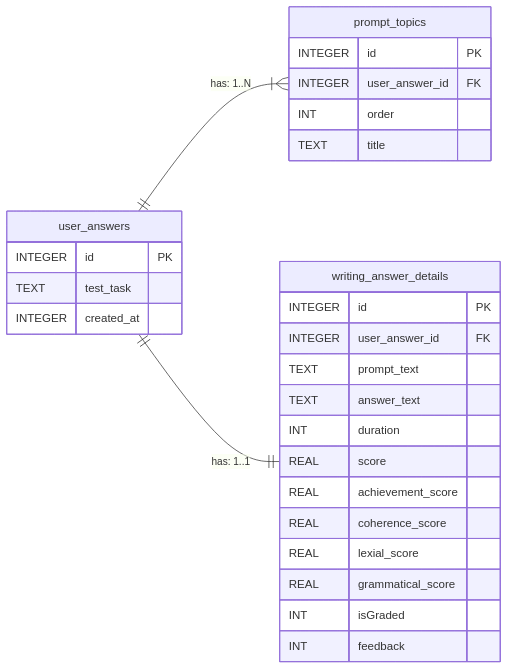
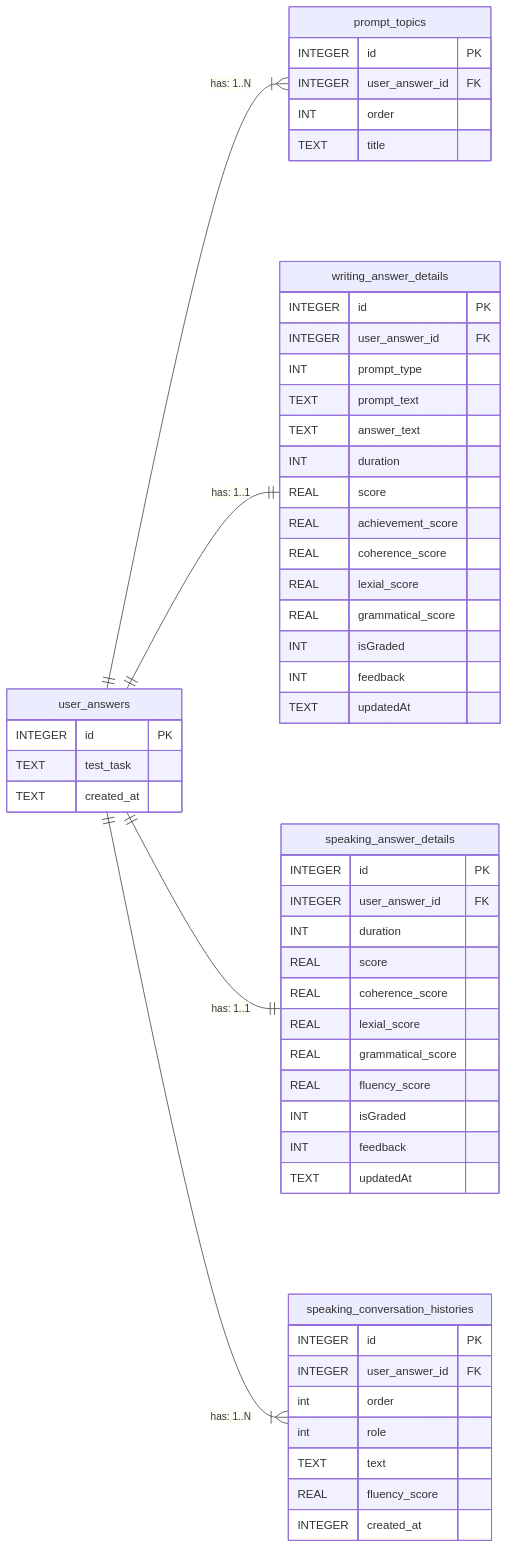
Before and after one commit to hirokd0627/ielts_ai_trainer: the diagram in docs/er-diagram.md, drawn with Mermaid. The commit also changed 25 other files, not shown here.

````diff
--- a/docs/er-diagram.md
+++ b/docs/er-diagram.md
@@ -3,34 +3,62 @@
 ```mermaid
 erDiagram
     direction LR
     user_answers ||--|{ prompt_topics : "has: 1..N"
     user_answers ||--|| writing_answer_details : "has: 1..1"
+    user_answers ||--|| speaking_answer_details : "has: 1..1"
+    user_answers ||--|{ speaking_conversation_histories : "has: 1..N"
 
     user_answers {
         INTEGER id PK
         TEXT test_task
-        INTEGER created_at
+        TEXT created_at
     }
 
     prompt_topics {
         INTEGER id PK
         INTEGER user_answer_id FK
         INT order
         TEXT title 
     }
 
     writing_answer_details {
         INTEGER id PK
         INTEGER user_answer_id FK
+        INT prompt_type
         TEXT prompt_text
         TEXT answer_text
         INT duration
         REAL score
         REAL achievement_score
         REAL coherence_score
         REAL lexial_score
         REAL grammatical_score
         INT isGraded
         INT feedback
+        TEXT updatedAt
+    }
+
+    speaking_answer_details {
+        INTEGER id PK
+        INTEGER user_answer_id FK
+        INT duration
+        REAL score
+        REAL coherence_score
+        REAL lexial_score
+        REAL grammatical_score
+        REAL fluency_score
+        INT isGraded
+        INT feedback
+        TEXT updatedAt
+    }
+
+    speaking_conversation_histories {
+        INTEGER id PK
+        INTEGER user_answer_id FK
+        int order
+        int role
+        TEXT text
+        REAL fluency_score
+        INTEGER created_at
     }
 ```
````
